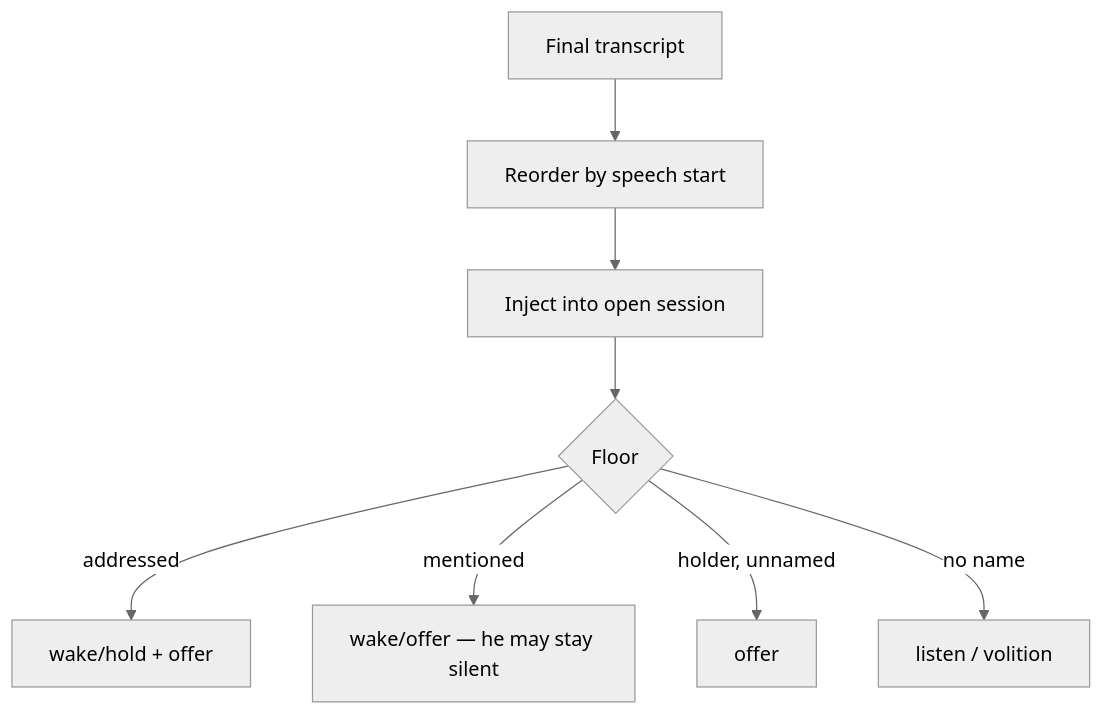
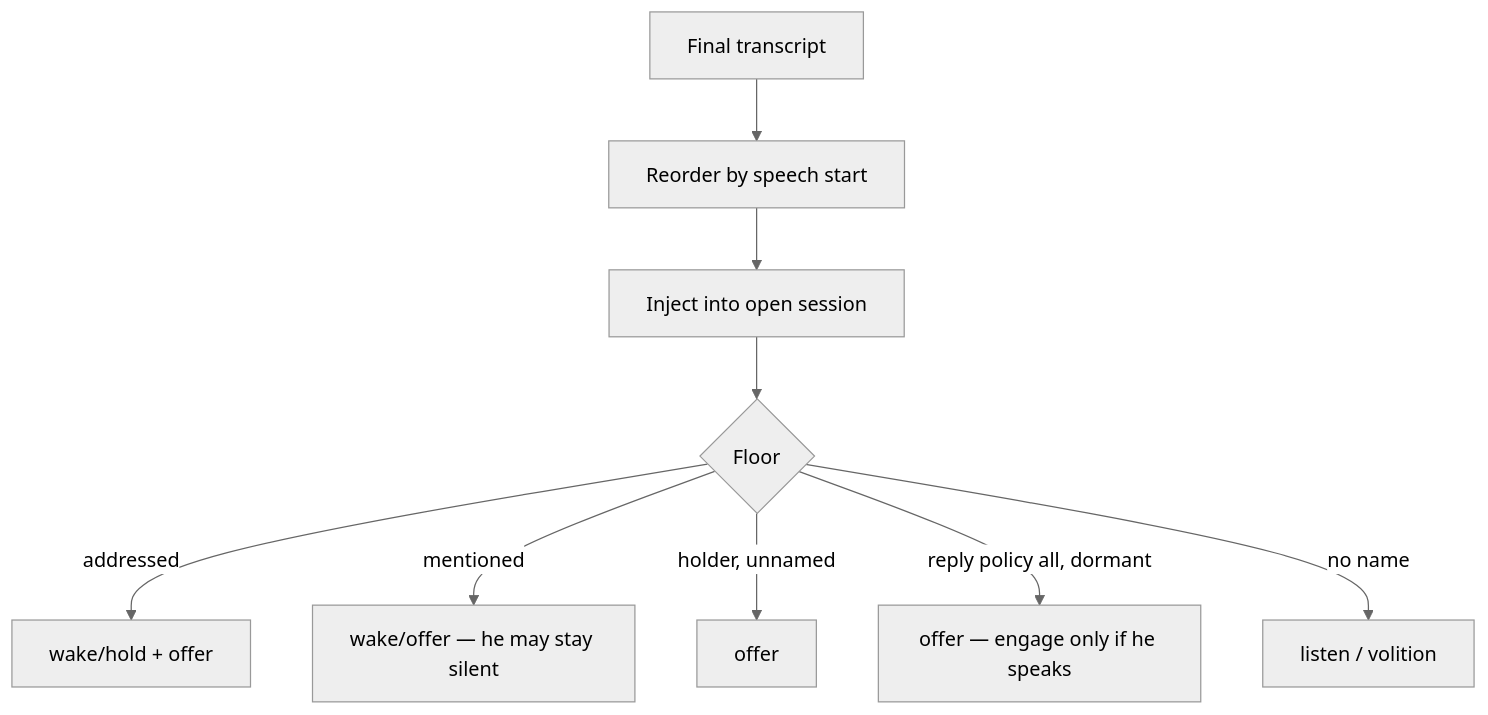
One commit to Volpestyle/clankie changed the diagram in docs/adr/0119-the-room-is-heard-the-floor-is-who-he-answers.md. Above: the diagram before and after it, drawn with Mermaid (neutral theme). The commit also changed other lines of this file and 30 other files, not shown here.

````diff
--- a/docs/adr/0119-the-room-is-heard-the-floor-is-who-he-answers.md
+++ b/docs/adr/0119-the-room-is-heard-the-floor-is-who-he-answers.md
@@ -27,10 +27,11 @@
 ```mermaid
 flowchart TD
   T[Final transcript] --> R[Reorder by speech start]
   R --> H[Inject into open session]
   H --> F{Floor}
   F -->|addressed| S[wake/hold + offer]
   F -->|mentioned| M[wake/offer — he may stay silent]
   F -->|holder, unnamed| O[offer]
+  F -->|reply policy all, dormant| P[offer — engage only if he speaks]
   F -->|no name| L[listen / volition]
 ```
````
